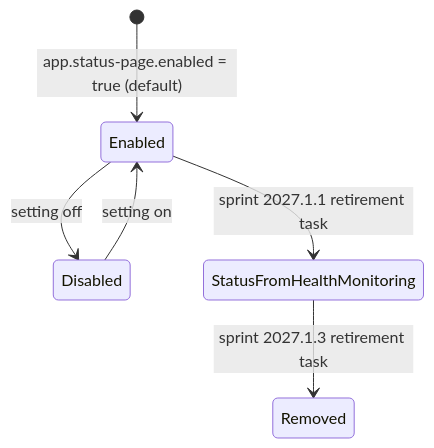
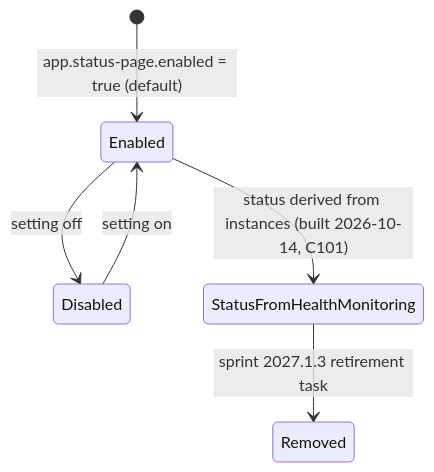
One commit to evyoog/Enterprise-Intelligence-Suite changed the second of 2 diagrams in docs/02-requirements/FRD/service-status-page/workflow.md. Above: the diagram before and after it, drawn with Mermaid. The commit also changed other lines of this file and 47 other files, not shown here.

````diff
--- a/docs/02-requirements/FRD/service-status-page/workflow.md
+++ b/docs/02-requirements/FRD/service-status-page/workflow.md
@@ -12,8 +18,8 @@
 ```mermaid
 stateDiagram-v2
     [*] --> Enabled: app.status-page.enabled = true (default)
     Enabled --> Disabled: setting off
     Disabled --> Enabled: setting on
-    Enabled --> StatusFromHealthMonitoring: sprint 2027.1.1 retirement task
+    Enabled --> StatusFromHealthMonitoring: status derived from instances (built 2026-10-14, C101)
     StatusFromHealthMonitoring --> Removed: sprint 2027.1.3 retirement task
 ```
````
